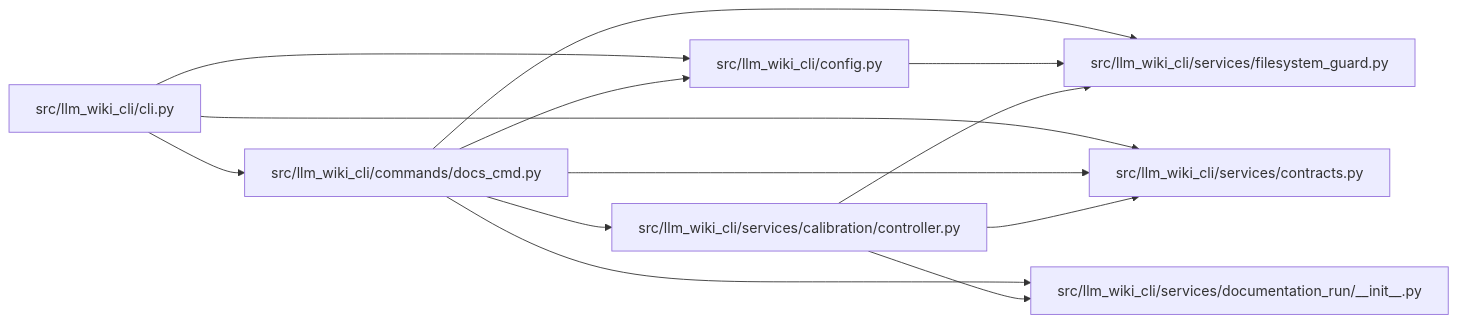
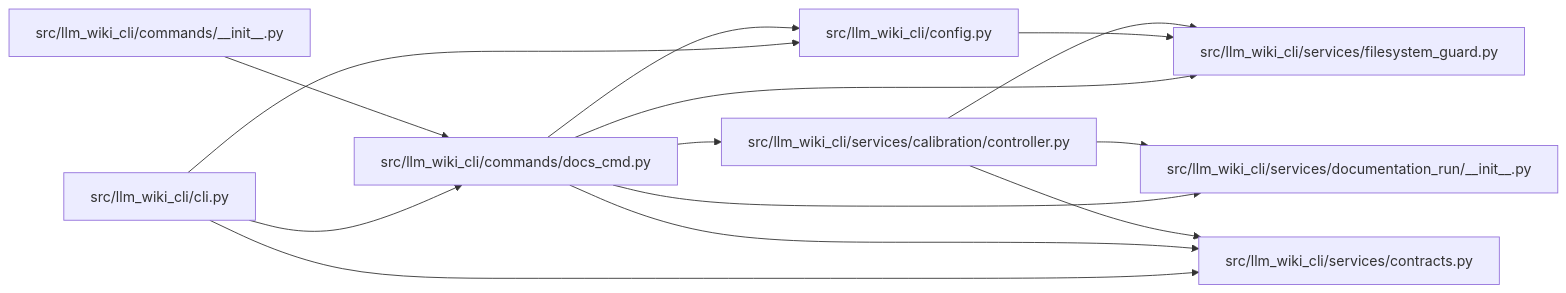
Before and after one commit to Denissvgn/python-wiki-llm: the diagram in docs/llm_wiki/modules/docs_cmd.md, drawn with Mermaid. The commit also changed other lines of this file and 554 other files, not shown here.

````diff
--- a/docs/llm_wiki/modules/docs_cmd.md
+++ b/docs/llm_wiki/modules/docs_cmd.md
@@ -28,29 +28,32 @@
 ```mermaid
 flowchart LR
     n0["src/llm_wiki_cli/cli.py"]
-    n1["src/llm_wiki_cli/commands/docs_cmd.py"]
-    n2["src/llm_wiki_cli/config.py"]
-    n3["src/llm_wiki_cli/services/calibration/controller.py"]
-    n4["src/llm_wiki_cli/services/contracts.py"]
-    n5["src/llm_wiki_cli/services/documentation_run/__init__.py"]
-    n6["src/llm_wiki_cli/services/filesystem_guard.py"]
-    n0 --> n1
+    n1["src/llm_wiki_cli/commands/__init__.py"]
+    n2["src/llm_wiki_cli/commands/docs_cmd.py"]
+    n3["src/llm_wiki_cli/config.py"]
+    n4["src/llm_wiki_cli/services/calibration/controller.py"]
+    n5["src/llm_wiki_cli/services/contracts.py"]
+    n6["src/llm_wiki_cli/services/documentation_run/__init__.py"]
+    n7["src/llm_wiki_cli/services/filesystem_guard.py"]
     n0 --> n2
-    n0 --> n4
+    n0 --> n3
+    n0 --> n5
     n1 --> n2
-    n1 --> n3
-    n1 --> n4
-    n1 --> n5
-    n1 --> n6
+    n2 --> n3
+    n2 --> n4
+    n2 --> n5
     n2 --> n6
-    n3 --> n4
-    n3 --> n5
-    n3 --> n6
+    n2 --> n7
+    n3 --> n7
+    n4 --> n5
+    n4 --> n6
+    n4 --> n7
     click n0 "../modules/cli.md"
-    click n1 "../modules/docs_cmd.md"
-    click n2 "../modules/config.md"
-    click n3 "../modules/controller.md"
-    click n4 "../modules/services_contracts.md"
-    click n5 "../modules/documentation_run___init__.md"
-    click n6 "../modules/filesystem_guard.md"
+    click n1 "../modules/commands___init__.md"
+    click n2 "../modules/docs_cmd.md"
+    click n3 "../modules/config.md"
+    click n4 "../modules/controller.md"
+    click n5 "../modules/services_contracts.md"
+    click n6 "../modules/documentation_run___init__.md"
+    click n7 "../modules/filesystem_guard.md"
 ```
````
